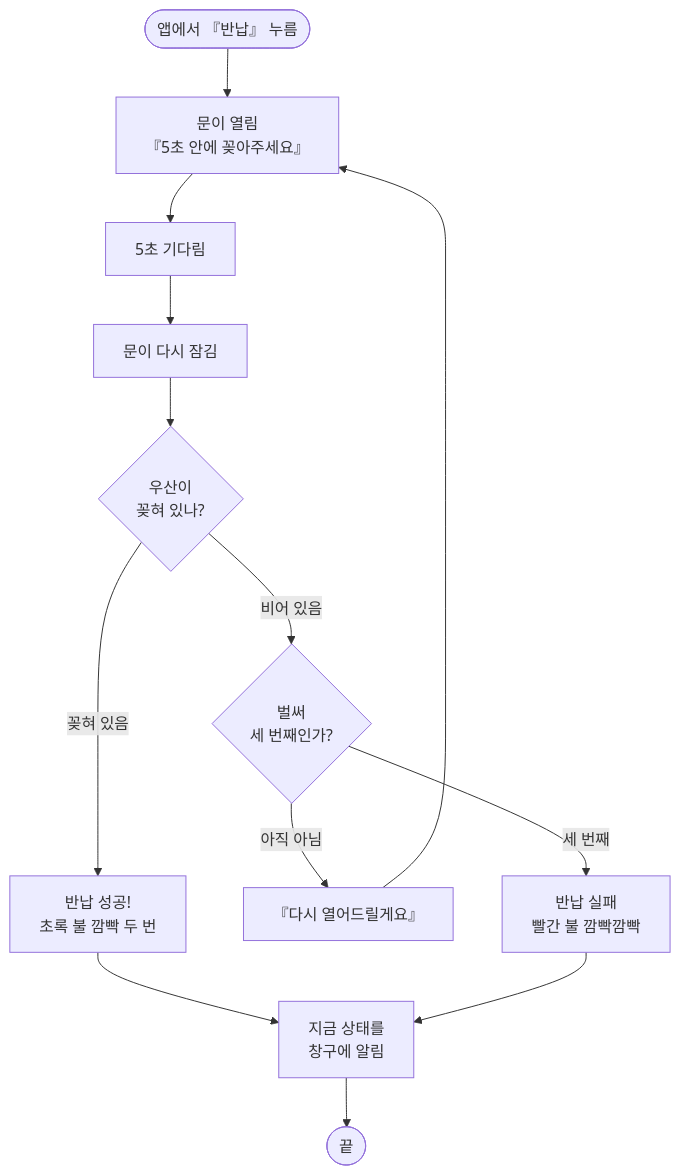
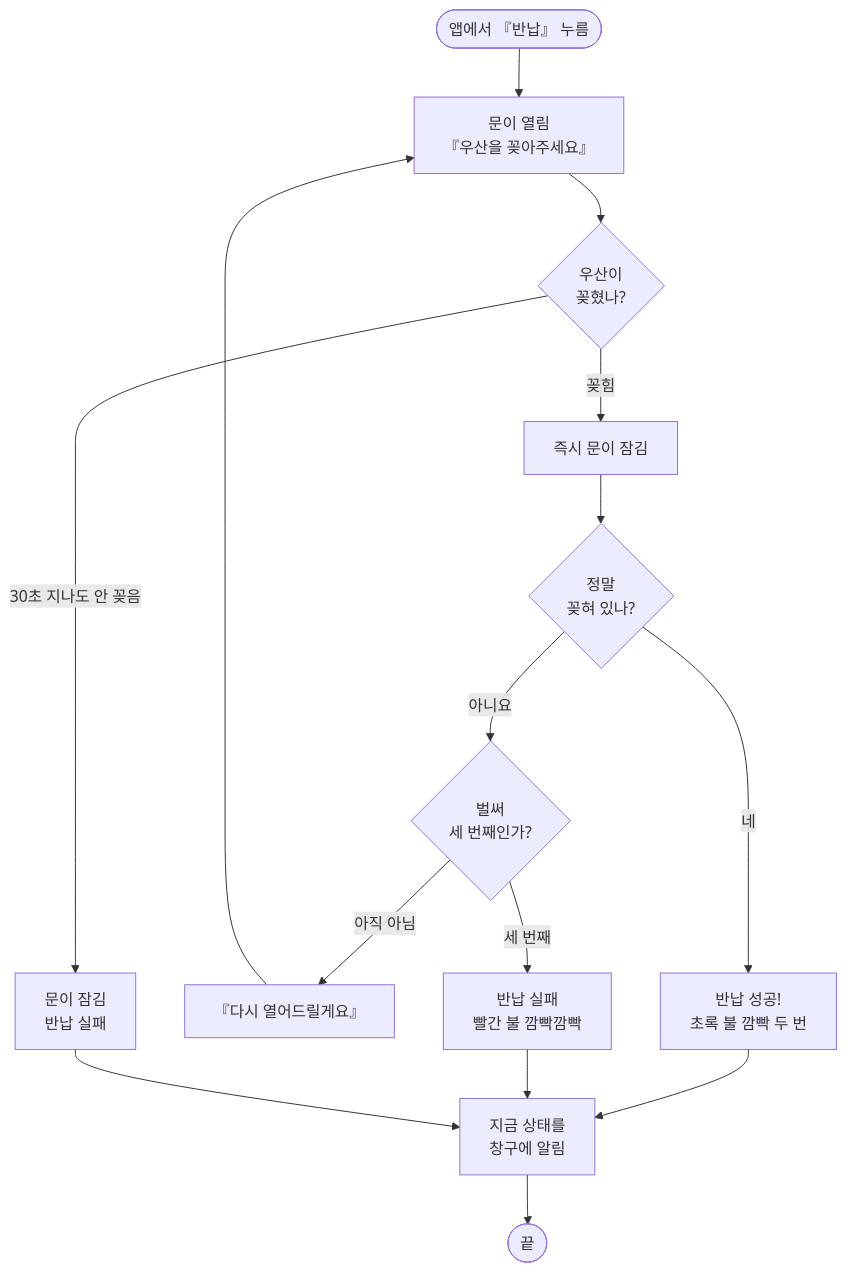
One commit to ralralra/eps32 changed the third of 4 diagrams in esp32-class-projects/06_umbrella/step5_locker/flowchart.md. Above: the diagram before and after it, drawn with Mermaid. The commit also changed other lines of this file and 4 other files, not shown here.

````diff
--- a/esp32-class-projects/06_umbrella/step5_locker/flowchart.md
+++ b/esp32-class-projects/06_umbrella/step5_locker/flowchart.md
@@ -55,16 +54,18 @@
 ```mermaid
 flowchart TD
-    A(["앱에서 『반납』 누름"]) --> C["문이 열림<br/>『5초 안에 꽂아주세요』"]
-    C --> D["5초 기다림"]
-    D --> E["문이 다시 잠김"]
-    E --> F{"우산이<br/>꽂혀 있나?"}
-    F -- "꽂혀 있음" --> G["반납 성공!<br/>초록 불 깜빡 두 번"]
+    A(["앱에서 『반납』 누름"]) --> C["문이 열림<br/>『우산을 꽂아주세요』"]
+    C --> F{"우산이<br/>꽂혔나?"}
+    F -- "꽂힘" --> E["즉시 문이 잠김"]
+    E --> V{"정말<br/>꽂혀 있나?"}
+    V -- "네" --> G["반납 성공!<br/>초록 불 깜빡 두 번"]
     G --> H["지금 상태를<br/>창구에 알림"]
     H --> Z(["끝"])
 
-    F -- "비어 있음" --> I{"벌써<br/>세 번째인가?"}
+    V -- "아니요" --> I{"벌써<br/>세 번째인가?"}
     I -- "아직 아님" --> J["『다시 열어드릴게요』"]
     J --> C
     I -- "세 번째" --> K["반납 실패<br/>빨간 불 깜빡깜빡"]
     K --> H
+    F -- "30초 지나도 안 꽂음" --> T["문이 잠김<br/>반납 실패"]
+    T --> H
 ```
````
